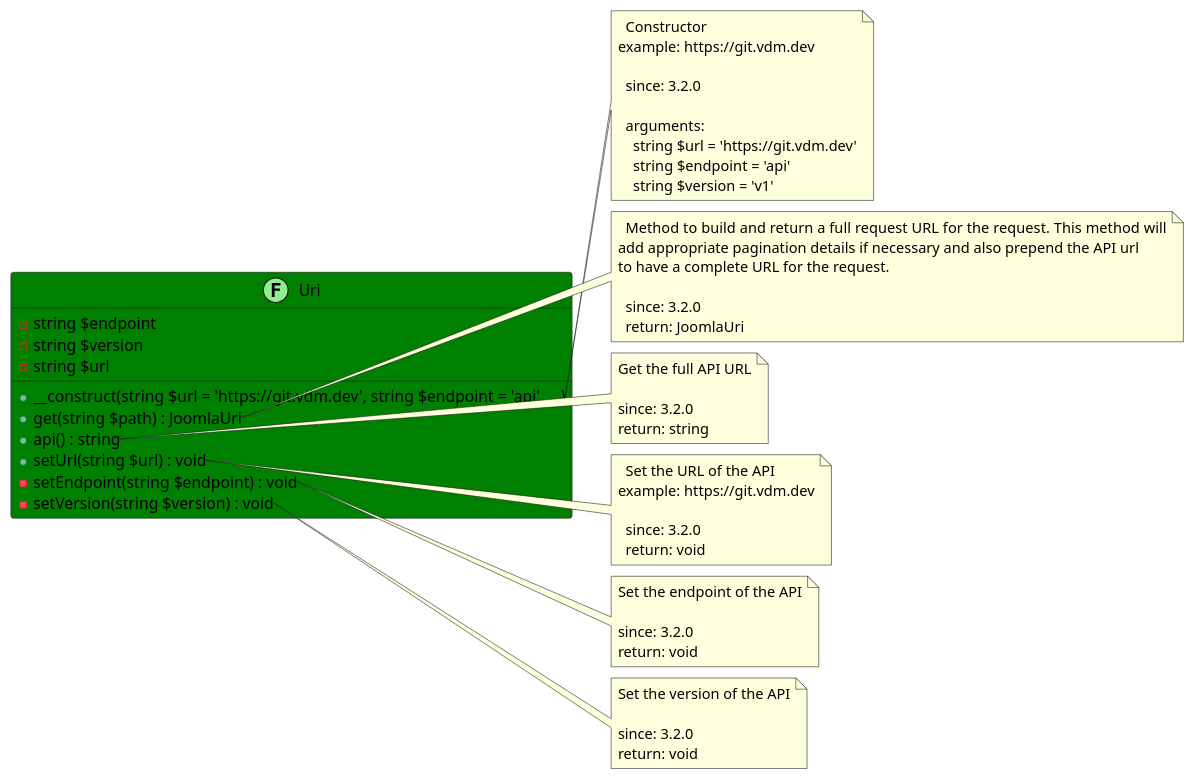
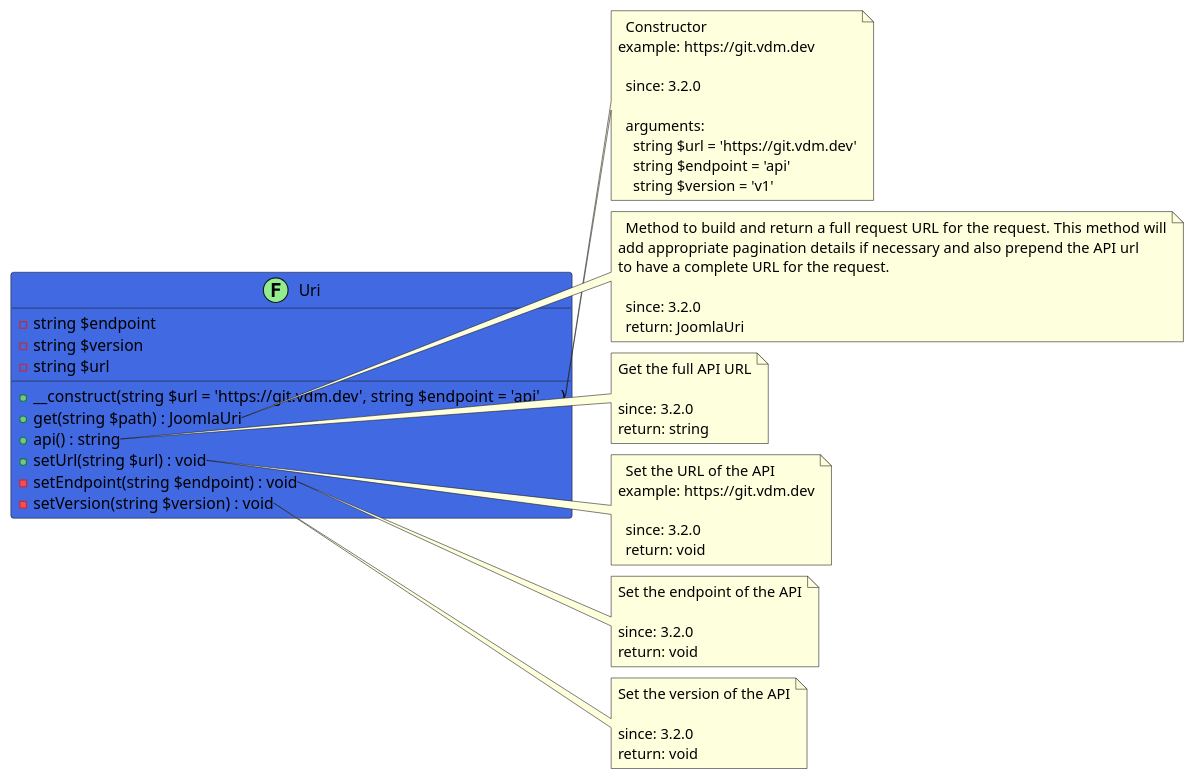
The diagram in src/61e813c6-a872-4f55-8078-198241170e80/README.md (joomengine/gitea), drawn with PlantUML before and after one commit. The commit also changed 119 other files, not shown here.

````diff
--- a/src/61e813c6-a872-4f55-8078-198241170e80/README.md
+++ b/src/61e813c6-a872-4f55-8078-198241170e80/README.md
@@ -11,66 +11,66 @@
 ```uml
 @startuml
-class Uri << (F,LightGreen) >> #Green {
+class Uri << (F,LightGreen) >> #RoyalBlue {
   - string $endpoint
   - string $version
   - string $url
   + __construct(string $url = 'https://git.vdm.dev', string $endpoint = 'api', ...)
   + get(string $path) : JoomlaUri
   + api() : string
   + setUrl(string $url) : void
   - setEndpoint(string $endpoint) : void
   - setVersion(string $version) : void
 }
 
 note right of Uri::__construct
   Constructor
 example: https://git.vdm.dev
 
   since: 3.2.0
   
   arguments:
     string $url = 'https://git.vdm.dev'
     string $endpoint = 'api'
     string $version = 'v1'
 end note
 
 note right of Uri::get
   Method to build and return a full request URL for the request.  This method will
 add appropriate pagination details if necessary and also prepend the API url
 to have a complete URL for the request.
 
   since: 3.2.0
   return: JoomlaUri
 end note
 
 note right of Uri::api
   Get the full API URL
 
   since: 3.2.0
   return: string
 end note
 
 note right of Uri::setUrl
   Set the URL of the API
 example: https://git.vdm.dev
 
   since: 3.2.0
   return: void
 end note
 
 note right of Uri::setEndpoint
   Set the endpoint of the API
 
   since: 3.2.0
   return: void
 end note
 
 note right of Uri::setVersion
   Set the version of the API
 
   since: 3.2.0
   return: void
 end note
  
 @enduml
 ```
````
